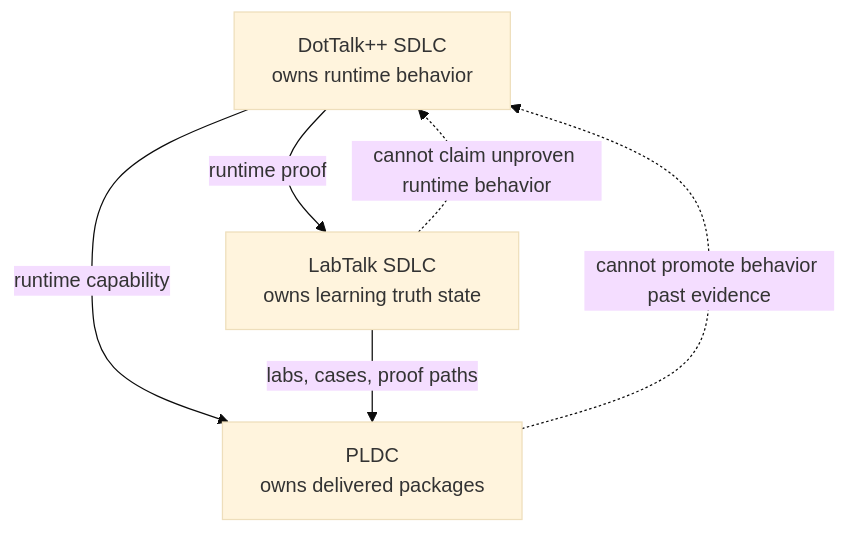
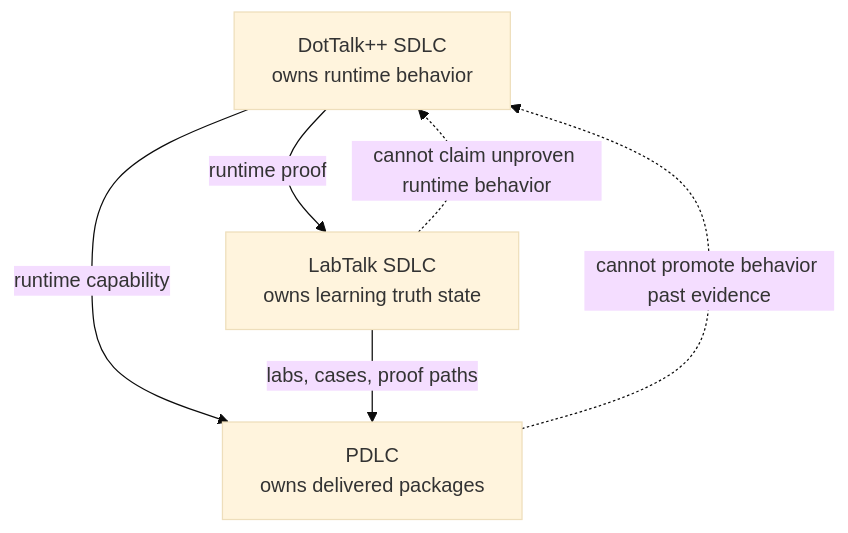
Before and after one commit to deraldg/x64base: the tenth of 11 diagrams in docs/maintenance/diagrams/DOTTALKPP_SDLC_DIAGRAMS_v0.md, drawn with Mermaid (base theme). The commit also changed other lines of this file and 68 other files, not shown here.

Commit message:
docs: merge PLDC into PDLC (Project Development Life Cycle); rename 3 lane/planning docs

````diff
--- a/docs/maintenance/diagrams/DOTTALKPP_SDLC_DIAGRAMS_v0.md
+++ b/docs/maintenance/diagrams/DOTTALKPP_SDLC_DIAGRAMS_v0.md
@@ -223,13 +223,13 @@
 ```mermaid
 flowchart TB
     dot["DotTalk++ SDLC<br/>owns runtime behavior"]
     lab["LabTalk SDLC<br/>owns learning truth state"]
-    pldc["PLDC<br/>owns delivered packages"]
+    pdlc["PDLC<br/>owns delivered packages"]
 
     dot -->|"runtime proof"| lab
-    dot -->|"runtime capability"| pldc
-    lab -->|"labs, cases, proof paths"| pldc
+    dot -->|"runtime capability"| pdlc
+    lab -->|"labs, cases, proof paths"| pdlc
 
-    pldc -. "cannot promote behavior past evidence" .-> dot
+    pdlc -. "cannot promote behavior past evidence" .-> dot
     lab -. "cannot claim unproven runtime behavior" .-> dot
 ```
````
